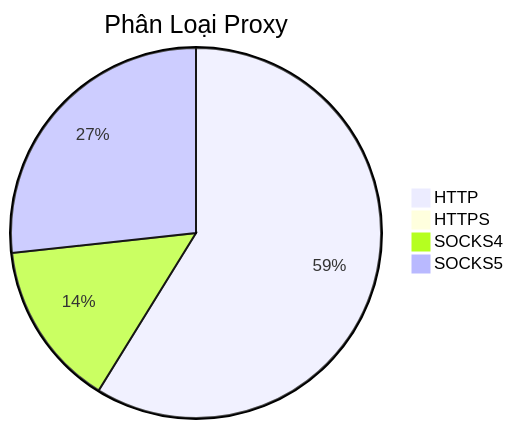
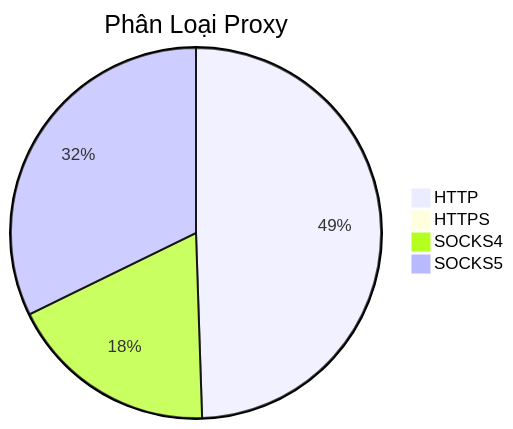
One commit to Ciara-Aa/PROXY-free changed the diagram in README.md. Above: the diagram before and after it, drawn with Mermaid. The commit also changed other lines of this file and 4 other files, not shown here.

````diff
--- a/README.md
+++ b/README.md
@@ -26,7 +26,7 @@
 ```mermaid
 pie title Phân Loại Proxy
-    "HTTP" : 504
-    "HTTPS" : 2
-    "SOCKS4" : 124
-    "SOCKS5" : 229
+    "HTTP" : 376
+    "HTTPS" : 3
+    "SOCKS4" : 139
+    "SOCKS5" : 245
 ```
````
